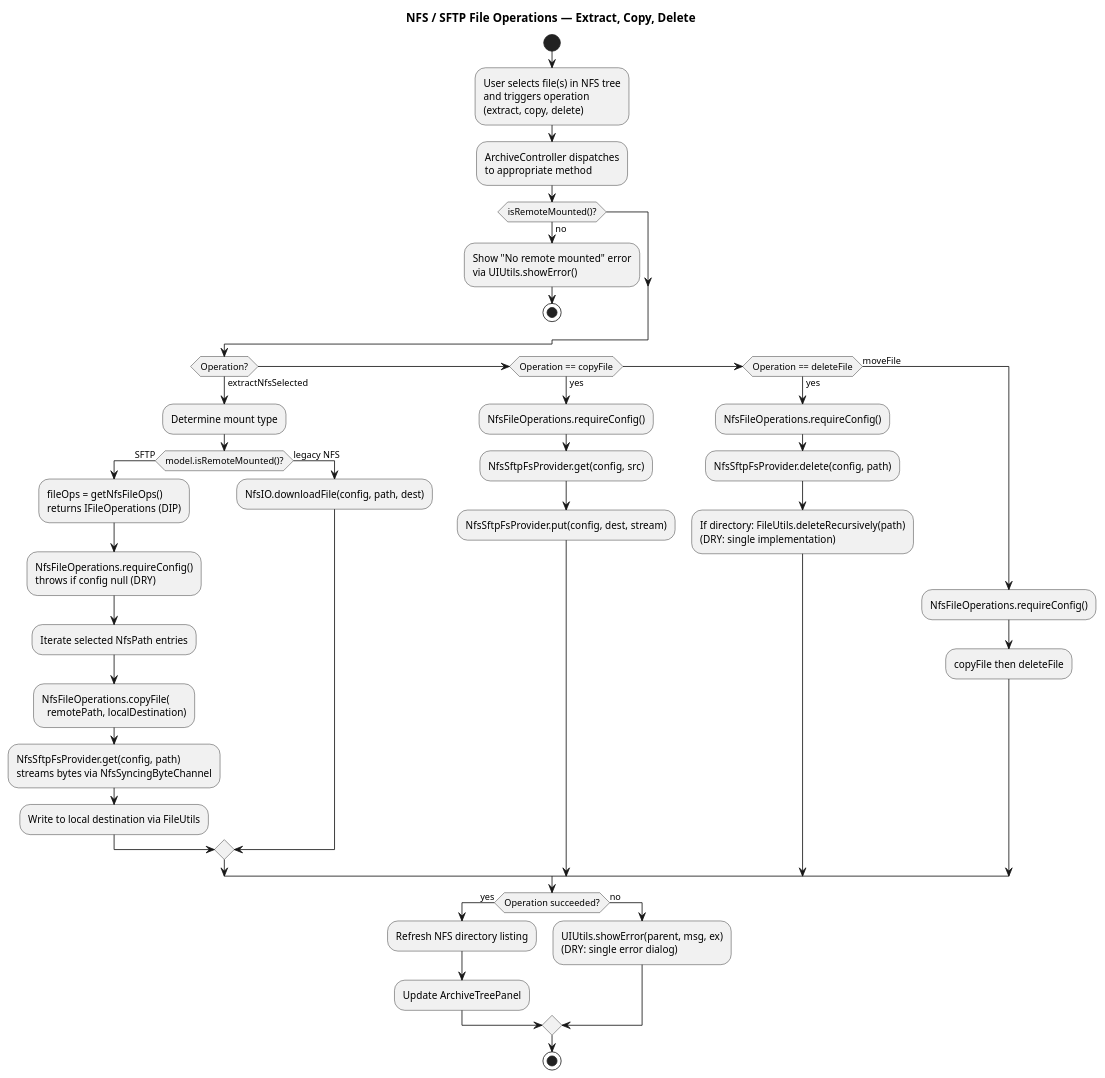
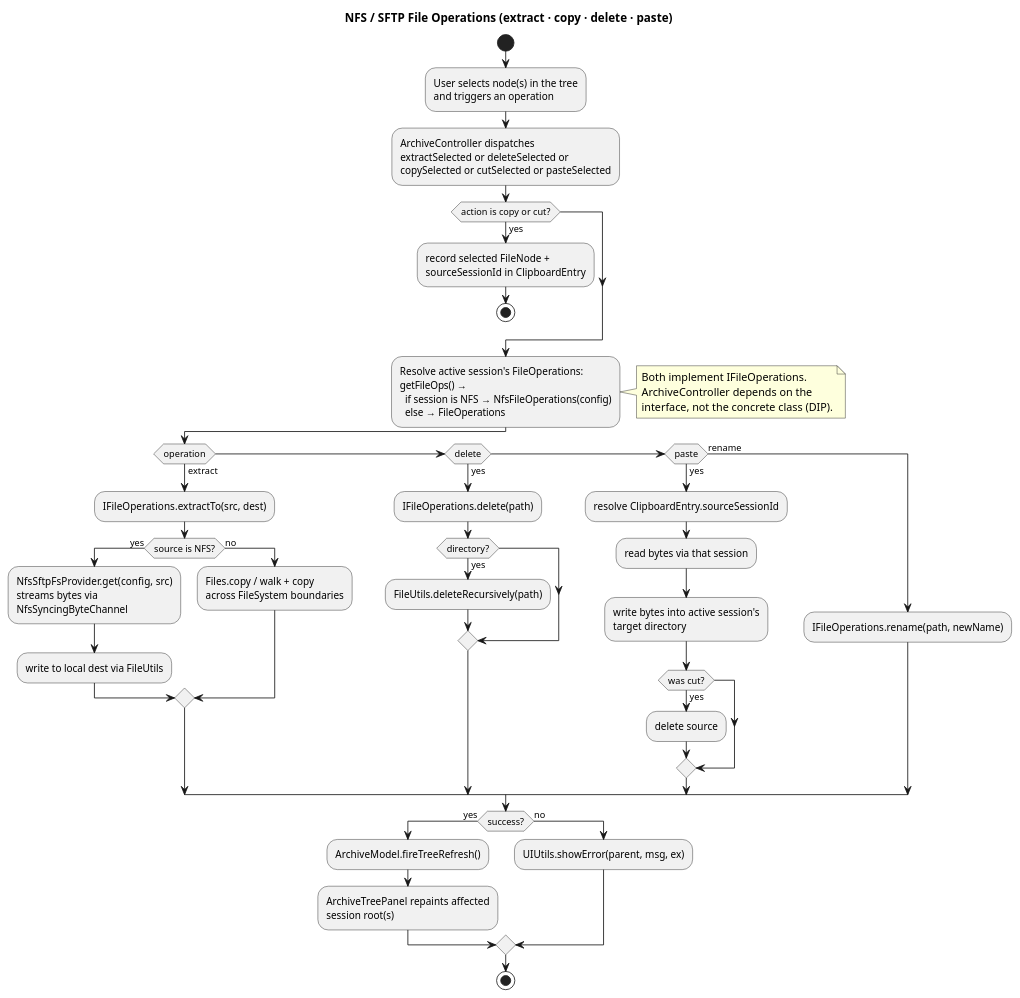
One commit to nikhilr612/weefs changed the diagram in docs/activity-diagram-nfs-operations.puml. Above: the diagram before and after it, drawn with PlantUML. The commit also changed 11 other files, not shown here.

First line of the commit message:
Remake UML diagrams with proper fields, methods, and relationships

```diff
--- a/docs/activity-diagram-nfs-operations.puml
+++ b/docs/activity-diagram-nfs-operations.puml
@@ -1,51 +1,69 @@
-@startuml activity-diagram-nfs-operations
-title NFS / SFTP File Operations — Extract, Copy, Delete
+@startuml
+title NFS / SFTP File Operations (extract · copy · delete · paste)
 
 start
 
-:User selects file(s) in NFS tree
-and triggers operation
-(extract, copy, delete);
+:User selects node(s) in the tree
+and triggers an operation;
 
 :ArchiveController dispatches
-to appropriate method;
+extractSelected or deleteSelected or
+copySelected or cutSelected or pasteSelected;
 
-if (isRemoteMounted()?) then (no)
-    :Show "No remote mounted" error\nvia UIUtils.showError();
-    stop
+if (action is copy or cut?) then (yes)
+  :record selected FileNode +
+  sourceSessionId in ClipboardEntry;
+  stop
 endif
 
-if (Operation?) then (extractNfsSelected)
-    :Determine mount type;
-    if (model.isRemoteMounted()?) then (SFTP)
-        :fileOps = getNfsFileOps()\nreturns IFileOperations (DIP);
-        :NfsFileOperations.requireConfig()\nthrows if config null (DRY);
-        :Iterate selected NfsPath entries;
-        :NfsFileOperations.copyFile(\n  remotePath, localDestination);
-        :NfsSftpFsProvider.get(config, path)\nstreams bytes via NfsSyncingByteChannel;
-        :Write to local destination via FileUtils;
-    else (legacy NFS)
-        :NfsIO.downloadFile(config, path, dest);
-    endif
-else if (Operation == copyFile) then (yes)
-    :NfsFileOperations.requireConfig();
-    :NfsSftpFsProvider.get(config, src);
-    :NfsSftpFsProvider.put(config, dest, stream);
-else if (Operation == deleteFile) then (yes)
-    :NfsFileOperations.requireConfig();
-    :NfsSftpFsProvider.delete(config, path);
-    :If directory: FileUtils.deleteRecursively(path)\n(DRY: single implementation);
-else (moveFile)
-    :NfsFileOperations.requireConfig();
-    :copyFile then deleteFile;
+:Resolve active session's FileOperations:
+getFileOps() →
+  if session is NFS → NfsFileOperations(config)
+  else → FileOperations;
+note right
+  Both implement IFileOperations.
+  ArchiveController depends on the
+  interface, not the concrete class (DIP).
+end note
+
+if (operation) then (extract)
+  :IFileOperations.extractTo(src, dest);
+  if (source is NFS?) then (yes)
+    :NfsSftpFsProvider.get(config, src)
+    streams bytes via
+    NfsSyncingByteChannel;
+    :write to local dest via FileUtils;
+  else (no)
+    :Files.copy / walk + copy
+    across FileSystem boundaries;
+  endif
+
+else if (delete) then (yes)
+  :IFileOperations.delete(path);
+  if (directory?) then (yes)
+    :FileUtils.deleteRecursively(path);
+  endif
+
+else if (paste) then (yes)
+  :resolve ClipboardEntry.sourceSessionId;
+  :read bytes via that session;
+  :write bytes into active session's
+  target directory;
+  if (was cut?) then (yes)
+    :delete source;
+  endif
+
+else (rename)
+  :IFileOperations.rename(path, newName);
 endif
 
-if (Operation succeeded?) then (yes)
-    :Refresh NFS directory listing;
-    :Update ArchiveTreePanel;
+if (success?) then (yes)
+  :ArchiveModel.fireTreeRefresh();
+  :ArchiveTreePanel repaints affected
+  session root(s);
 else (no)
-    :UIUtils.showError(parent, msg, ex)\n(DRY: single error dialog);
+  :UIUtils.showError(parent, msg, ex);
 endif
 
 stop
 @enduml
```
